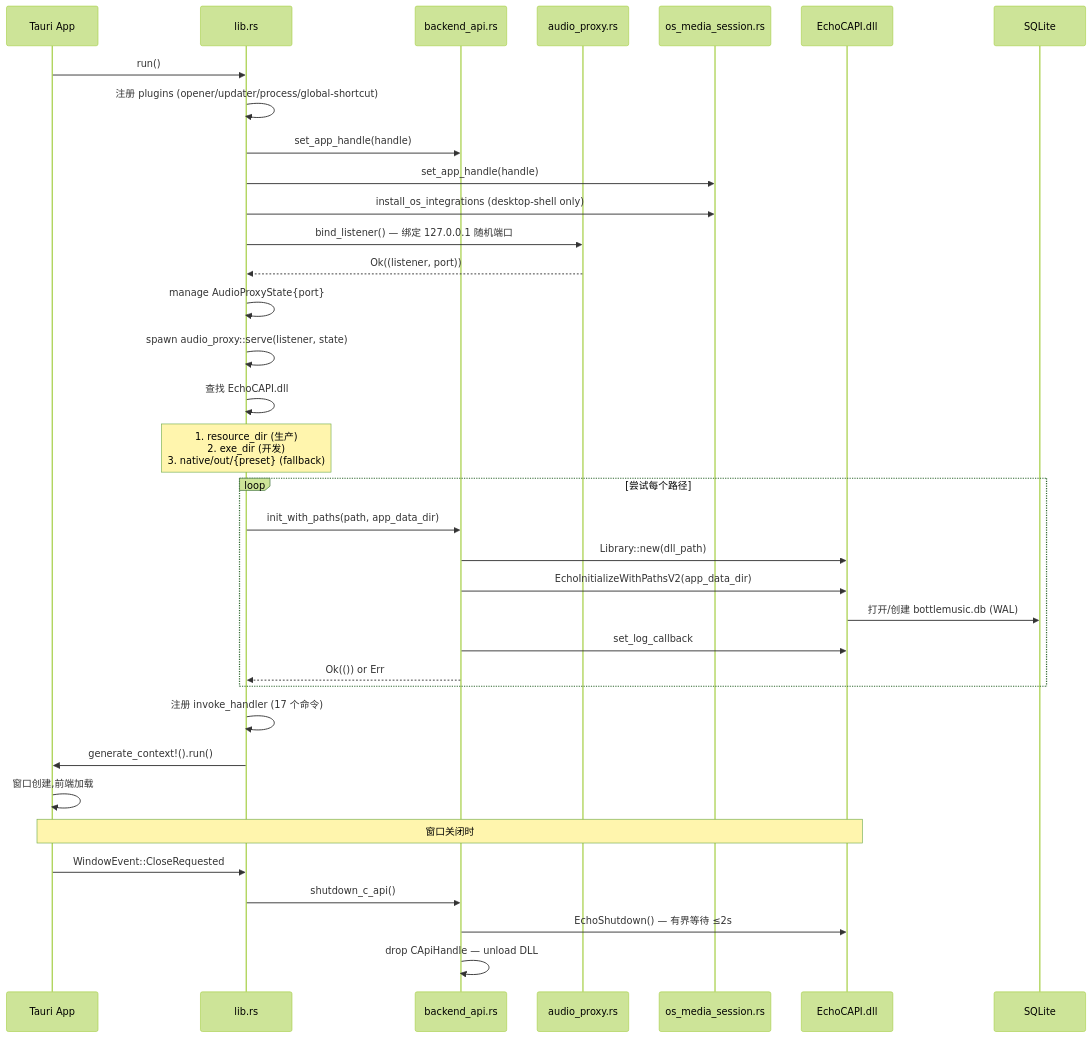
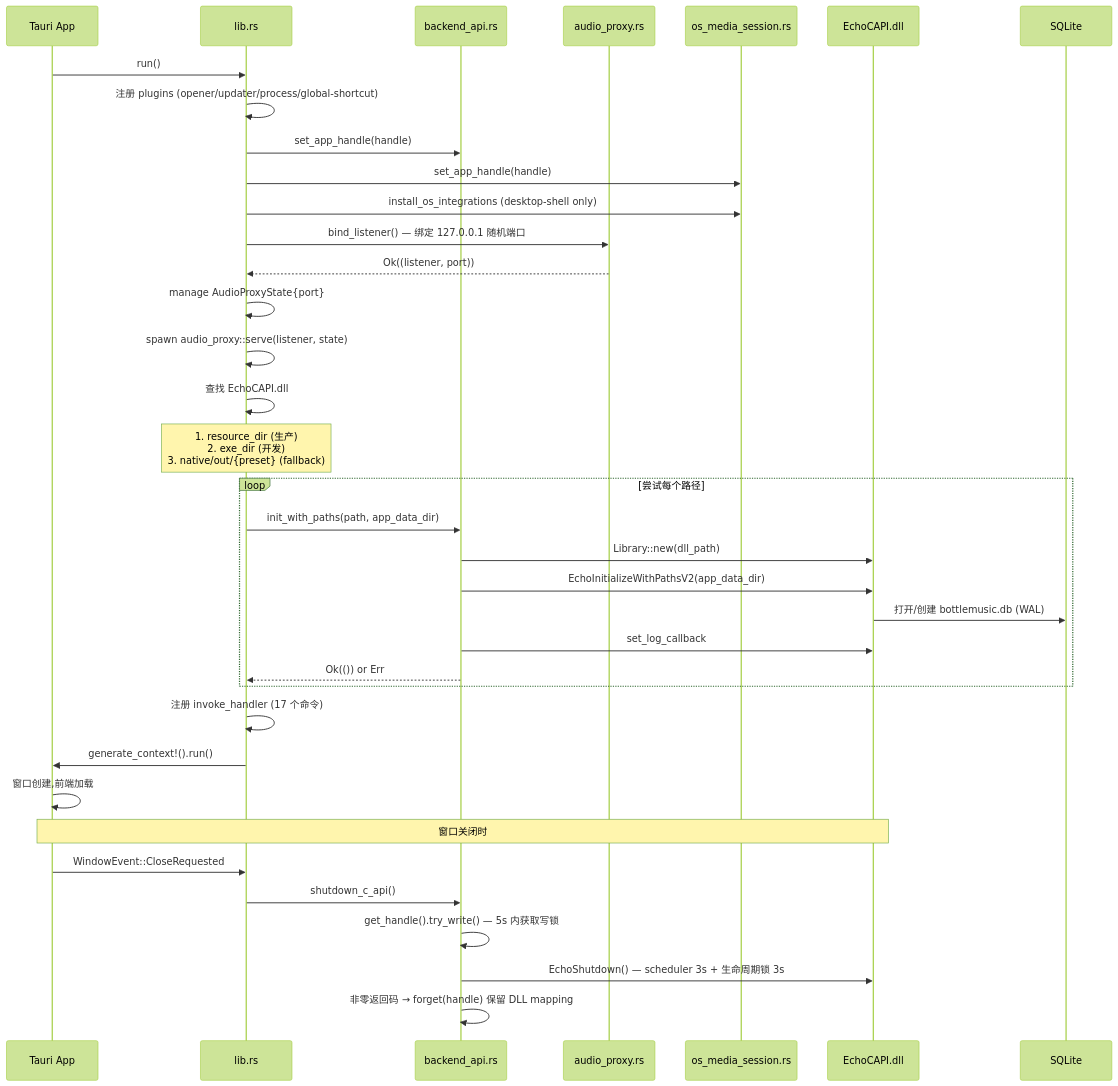
One commit to Ningbottle/BottlePlayer changed the second of 4 diagrams in docs/wiki/architecture.md. Above: the diagram before and after it, drawn with Mermaid (forest theme). The commit also changed other lines of this file and 8 other files, not shown here.

````diff
--- a/docs/wiki/architecture.md
+++ b/docs/wiki/architecture.md
@@ -82,42 +82,43 @@
 ```mermaid
 sequenceDiagram
     participant App as Tauri App
     participant Lib as lib.rs
     participant BA as backend_api.rs
     participant AP as audio_proxy.rs
     participant OS as os_media_session.rs
     participant DLL as EchoCAPI.dll
     participant DB as SQLite
 
     App->>Lib: run()
     Lib->>Lib: 注册 plugins (opener/updater/process/global-shortcut)
     Lib->>BA: set_app_handle(handle)
     Lib->>OS: set_app_handle(handle)
     Lib->>OS: install_os_integrations (desktop-shell only)
     Lib->>AP: bind_listener() — 绑定 127.0.0.1 随机端口
     AP-->>Lib: Ok((listener, port))
     Lib->>Lib: manage AudioProxyState{port}
     Lib->>Lib: spawn audio_proxy::serve(listener, state)
 
     Lib->>Lib: 查找 EchoCAPI.dll
     Note over Lib: 1. resource_dir (生产)<br/>2. exe_dir (开发)<br/>3. native/out/{preset} (fallback)
 
     loop 尝试每个路径
         Lib->>BA: init_with_paths(path, app_data_dir)
         BA->>DLL: Library::new(dll_path)
         BA->>DLL: EchoInitializeWithPathsV2(app_data_dir)
         DLL->>DB: 打开/创建 bottlemusic.db (WAL)
         BA->>DLL: set_log_callback
         BA-->>Lib: Ok(()) or Err
     end
 
     Lib->>Lib: 注册 invoke_handler (17 个命令)
     Lib->>App: generate_context!().run()
     App->>App: 窗口创建,前端加载
 
     Note over App,DLL: 窗口关闭时
     App->>Lib: WindowEvent::CloseRequested
     Lib->>BA: shutdown_c_api()
-    BA->>DLL: EchoShutdown() — 有界等待 ≤2s
-    BA->>BA: drop CApiHandle — unload DLL
+    BA->>BA: get_handle().try_write() — 5s 内获取写锁
+    BA->>DLL: EchoShutdown() — scheduler 3s + 生命周期锁 3s
+    BA->>BA: 非零返回码 → forget(handle) 保留 DLL mapping
 ```
````
